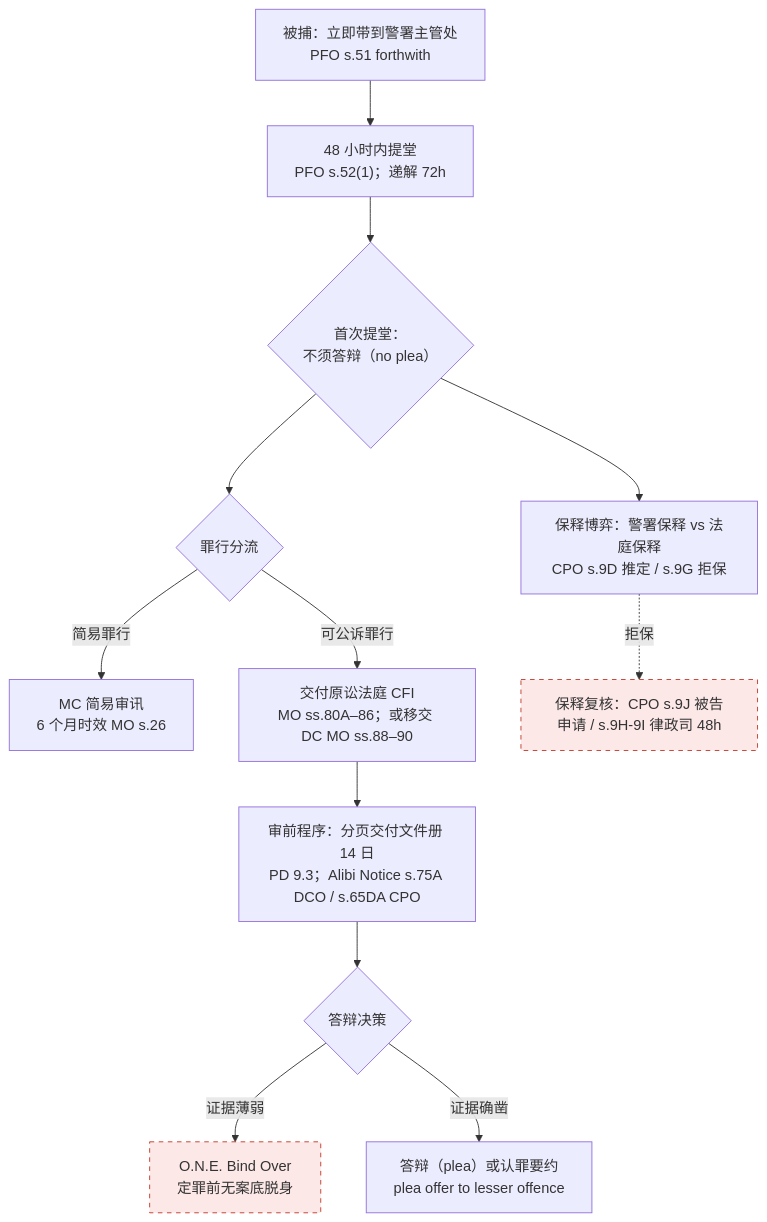
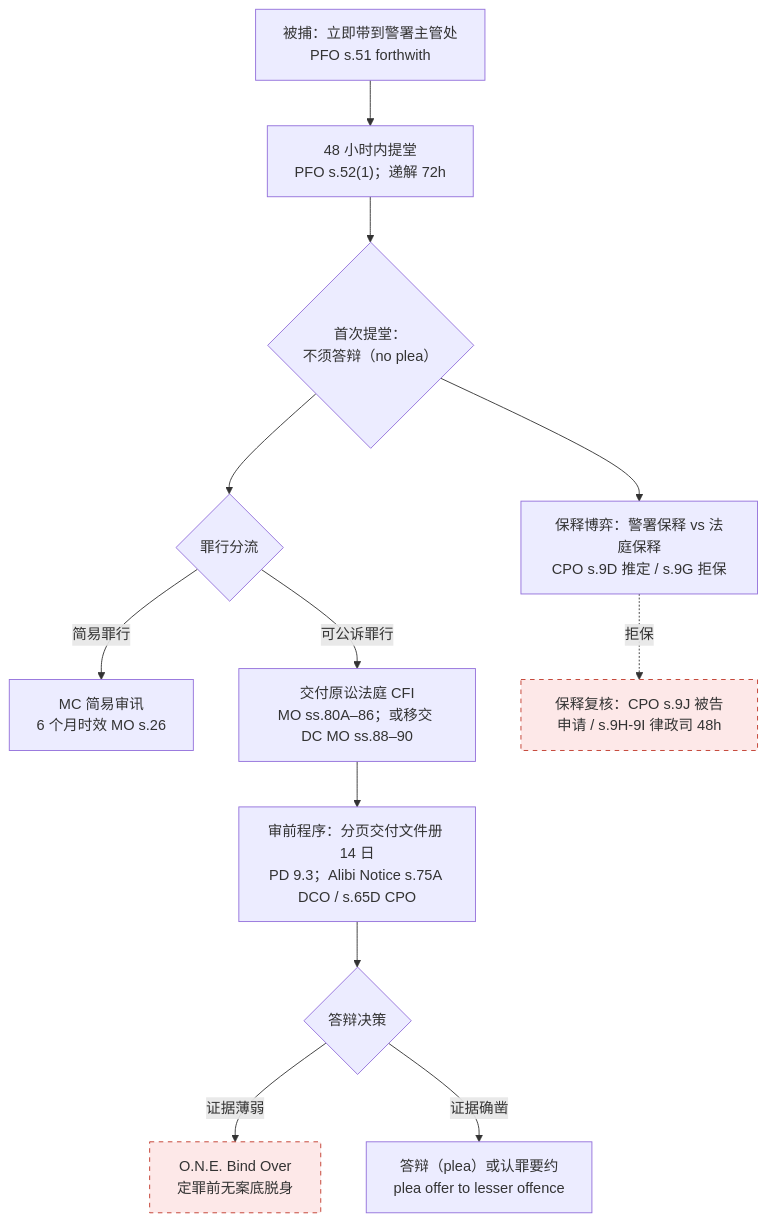
The first of 12 diagrams in src/content/docs/master/cr00-overview-flowcharts.md (mixxmax/pcll-criminal-cards), drawn with Mermaid before and after one commit. The commit also changed other lines of this file and 13 other files, not shown here.

First line of the commit message:
red-team audit fixes: s.65DA alibi misattribution, appeal-period distinctions, s.75(3)/(4) DCO split, Ladd->s.83V test, stale anchors, dramatic wording

````diff
--- a/src/content/docs/master/cr00-overview-flowcharts.md
+++ b/src/content/docs/master/cr00-overview-flowcharts.md
@@ -51,17 +51,17 @@
 ```mermaid
 flowchart TD
  A["被捕：立即带到警署主管处<br/>PFO s.51 forthwith"] --> B["48 小时内提堂<br/>PFO s.52(1)；递解 72h"]
  B --> C{"首次提堂：<br/>不须答辩（no plea）"}
  C --> D["保释博弈：警署保释 vs 法庭保释<br/>CPO s.9D 推定 / s.9G 拒保"]
  C --> E{"罪行分流"}
  E -->|"简易罪行"| F["MC 简易审讯<br/>6 个月时效 MO s.26"]
  E -->|"可公诉罪行"| G["交付原讼法庭 CFI<br/>MO ss.80A–86；或移交 DC MO ss.88–90"]
- G --> H["审前程序：分页交付文件册 14 日<br/>PD 9.3；Alibi Notice s.75A DCO / s.65DA CPO"]
+ G --> H["审前程序：分页交付文件册 14 日<br/>PD 9.3；Alibi Notice s.75A DCO / s.65D CPO"]
  H --> I{"答辩决策"}
  I -->|"证据薄弱"| J["O.N.E. Bind Over<br/>定罪前无案底脱身"]
  I -->|"证据确凿"| K["答辩（plea）或认罪要约<br/>plea offer to lesser offence"]
  D -.->|"拒保"| L["保释复核：CPO s.9J 被告申请 / s.9H-9I 律政司 48h"]
  classDef warn fill:#fde8e8,stroke:#c0392b,stroke-dasharray:5 5;
  L:::warn
  J:::warn
 ```
````
